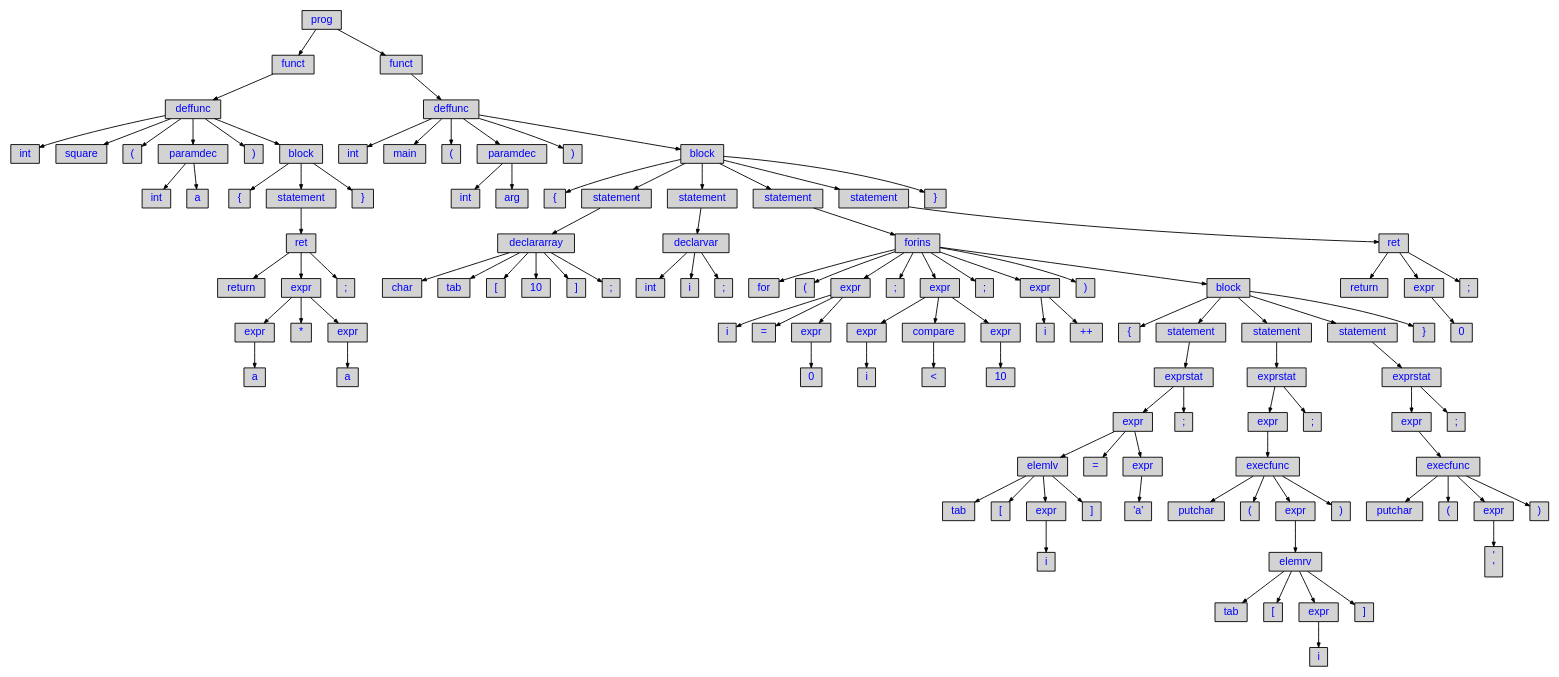
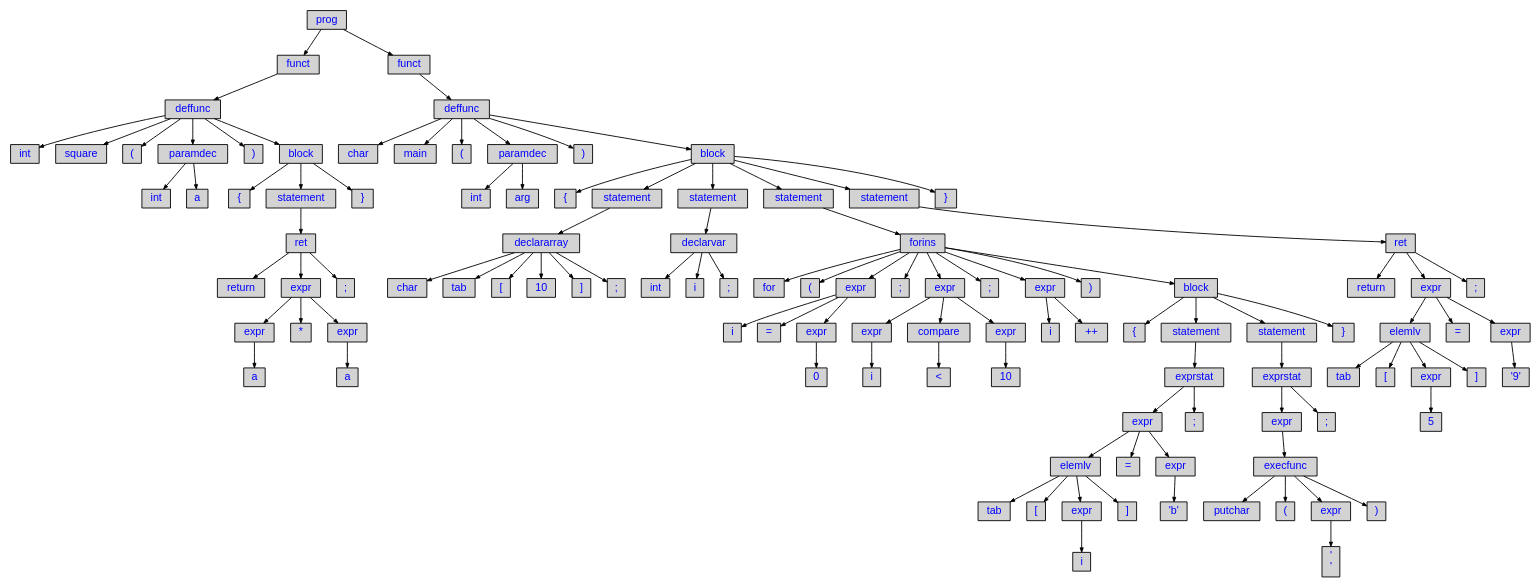
One commit to MyReposEcole20172020/PLDCOMP changed the diagram in tmp.dot. Above: the diagram before and after it, drawn with Graphviz. The commit also changed 10 other files, not shown here.

```diff
--- a/tmp.dot
+++ b/tmp.dot
@@ -5,237 +5,223 @@
 		width=.25, height=.25, color="black", fillcolor="lightgrey", style="filled, solid"];
 	edge [arrowsize=.5, color="black"]
 
-	node0x1fead50[label="prog"];
-	node0x1ff4a00[label="funct"];
-	node0x1ff74a0[label="deffunc"];
-	node0x1ff5550[label="int"]
-	node0x1ff5e80[label="square"]
-	node0x1ff6f90[label="("]
-	node0x1ff79a0[label="paramdec"];
-	node0x1ff7a00[label="int"]
-	node0x1ff7c20[label="a"]
-	node0x1ff7c60[label=")"]
-	node0x1ff7c90[label="block"];
-	node0x1ff97b0[label="{"]
-	node0x1ff9ad0[label="statement"];
-	node0x1ffb9d0[label="ret"];
-	node0x1ff6440[label="return"]
-	node0x20014b0[label="expr"];
-	node0x1ffc1a0[label="expr"];
-	node0x1ffcc10[label="a"]
-	node0x20017a0[label="*"]
-	node0x2001820[label="expr"];
-	node0x2001ba0[label="a"]
-	node0x1ff6780[label=";"]
-	node0x1ffd120[label="}"]
-	node0x2004310[label="funct"];
-	node0x20044f0[label="deffunc"];
-	node0x1ff3dc0[label="int"]
-	node0x1ffd0a0[label="main"]
-	node0x1fff340[label="("]
-	node0x2004450[label="paramdec"];
-	node0x1ff9cc0[label="int"]
-	node0x2001de0[label="arg"]
-	node0x1ffd1e0[label=")"]
-	node0x20044a0[label="block"];
-	node0x20058a0[label="{"]
-	node0x2004360[label="statement"];
-	node0x2002170[label="declararray"];
-	node0x2006030[label="char"]
-	node0x2006720[label="tab"]
-	node0x2006b30[label="["]
-	node0x2006d70[label="10"]
-	node0x2006e30[label="]"]
-	node0x2006fa0[label=";"]
-	node0x2006fd0[label="statement"];
-	node0x20071c0[label="declarvar"];
-	node0x2007260[label="int"]
-	node0x20072c0[label="i"]
-	node0x20080f0[label=";"]
-	node0x2008120[label="statement"];
-	node0x2008250[label="forins"];
-	node0x20083b0[label="for"]
-	node0x20085b0[label="("]
-	node0x2008710[label="expr"];
-	node0x2009890[label="i"]
-	node0x20027b0[label="="]
-	node0x2008890[label="expr"];
-	node0x1ff9830[label="0"]
-	node0x2001e70[label=";"]
-	node0x200c4e0[label="expr"];
-	node0x2001e10[label="expr"];
-	node0x2001d40[label="i"]
-	node0x200c490[label="compare"];
-	node0x2001f70[label="<"]
-	node0x200cbc0[label="expr"];
-	node0x2001da0[label="10"]
-	node0x1ffa5c0[label=";"]
-	node0x1ffff10[label="expr"];
-	node0x20095b0[label="i"]
-	node0x20039a0[label="++"]
-	node0x1ffd1a0[label=")"]
-	node0x200ea70[label="block"];
-	node0x2000540[label="{"]
-	node0x200cf80[label="statement"];
-	node0x200ecf0[label="exprstat"];
-	node0x200ec00[label="expr"];
-	node0x200eac0[label="elemlv"];
-	node0x1ffa620[label="tab"]
-	node0x2010b70[label="["]
-	node0x200fe80[label="expr"];
-	node0x2008640[label="i"]
-	node0x20105d0[label="]"]
-	node0x20102b0[label="="]
-	node0x20122c0[label="expr"];
-	node0x200f7e0[label="'a'"]
-	node0x20146b0[label=";"]
-	node0x2014700[label="statement"];
-	node0x2014810[label="exprstat"];
-	node0x20148f0[label="expr"];
-	node0x2014e50[label="execfunc"];
-	node0x2014d60[label="putchar"]
-	node0x20150b0[label="("]
-	node0x2015130[label="expr"];
-	node0x20156f0[label="elemrv"];
-	node0x2015470[label="tab"]
-	node0x2015750[label="["]
-	node0x20157d0[label="expr"];
-	node0x2015830[label="i"]
-	node0x2015870[label="]"]
-	node0x20158b0[label=")"]
-	node0x2015970[label=";"]
-	node0x2015a20[label="statement"];
-	node0x2015a70[label="exprstat"];
-	node0x2015b10[label="expr"];
-	node0x2015bb0[label="execfunc"];
-	node0x2015dd0[label="putchar"]
-	node0x20164b0[label="("]
-	node0x2016550[label="expr"];
-	node0x2016630[label="'\n'"]
-	node0x2016670[label=")"]
-	node0x2016f40[label=";"]
-	node0x2017080[label="}"]
-	node0x2017100[label="statement"];
-	node0x20171a0[label="ret"];
-	node0x20172e0[label="return"]
-	node0x2017360[label="expr"];
-	node0x2017440[label="0"]
-	node0x2017480[label=";"]
-	node0x2017600[label="}"]
-	node0x1fead50 -> node0x1ff4a00;
-	node0x1fead50 -> node0x2004310;
-	node0x1ff4a00 -> node0x1ff74a0;
-	node0x1ff74a0 -> node0x1ff5550;
-	node0x1ff74a0 -> node0x1ff5e80;
-	node0x1ff74a0 -> node0x1ff6f90;
-	node0x1ff74a0 -> node0x1ff79a0;
-	node0x1ff74a0 -> node0x1ff7c60;
-	node0x1ff74a0 -> node0x1ff7c90;
-	node0x1ff79a0 -> node0x1ff7a00;
-	node0x1ff79a0 -> node0x1ff7c20;
-	node0x1ff7c90 -> node0x1ff97b0;
-	node0x1ff7c90 -> node0x1ff9ad0;
-	node0x1ff7c90 -> node0x1ffd120;
-	node0x1ff9ad0 -> node0x1ffb9d0;
-	node0x1ffb9d0 -> node0x1ff6440;
-	node0x1ffb9d0 -> node0x20014b0;
-	node0x1ffb9d0 -> node0x1ff6780;
-	node0x20014b0 -> node0x1ffc1a0;
-	node0x20014b0 -> node0x20017a0;
-	node0x20014b0 -> node0x2001820;
-	node0x1ffc1a0 -> node0x1ffcc10;
-	node0x2001820 -> node0x2001ba0;
-	node0x2004310 -> node0x20044f0;
-	node0x20044f0 -> node0x1ff3dc0;
-	node0x20044f0 -> node0x1ffd0a0;
-	node0x20044f0 -> node0x1fff340;
-	node0x20044f0 -> node0x2004450;
-	node0x20044f0 -> node0x1ffd1e0;
-	node0x20044f0 -> node0x20044a0;
-	node0x2004450 -> node0x1ff9cc0;
-	node0x2004450 -> node0x2001de0;
-	node0x20044a0 -> node0x20058a0;
-	node0x20044a0 -> node0x2004360;
-	node0x20044a0 -> node0x2006fd0;
-	node0x20044a0 -> node0x2008120;
-	node0x20044a0 -> node0x2017100;
-	node0x20044a0 -> node0x2017600;
-	node0x2004360 -> node0x2002170;
-	node0x2002170 -> node0x2006030;
-	node0x2002170 -> node0x2006720;
-	node0x2002170 -> node0x2006b30;
-	node0x2002170 -> node0x2006d70;
-	node0x2002170 -> node0x2006e30;
-	node0x2002170 -> node0x2006fa0;
-	node0x2006fd0 -> node0x20071c0;
-	node0x20071c0 -> node0x2007260;
-	node0x20071c0 -> node0x20072c0;
-	node0x20071c0 -> node0x20080f0;
-	node0x2008120 -> node0x2008250;
-	node0x2008250 -> node0x20083b0;
-	node0x2008250 -> node0x20085b0;
-	node0x2008250 -> node0x2008710;
-	node0x2008250 -> node0x2001e70;
-	node0x2008250 -> node0x200c4e0;
-	node0x2008250 -> node0x1ffa5c0;
-	node0x2008250 -> node0x1ffff10;
-	node0x2008250 -> node0x1ffd1a0;
-	node0x2008250 -> node0x200ea70;
-	node0x2008710 -> node0x2009890;
-	node0x2008710 -> node0x20027b0;
-	node0x2008710 -> node0x2008890;
-	node0x2008890 -> node0x1ff9830;
-	node0x200c4e0 -> node0x2001e10;
-	node0x200c4e0 -> node0x200c490;
-	node0x200c4e0 -> node0x200cbc0;
-	node0x2001e10 -> node0x2001d40;
-	node0x200c490 -> node0x2001f70;
-	node0x200cbc0 -> node0x2001da0;
-	node0x1ffff10 -> node0x20095b0;
-	node0x1ffff10 -> node0x20039a0;
-	node0x200ea70 -> node0x2000540;
-	node0x200ea70 -> node0x200cf80;
-	node0x200ea70 -> node0x2014700;
-	node0x200ea70 -> node0x2015a20;
-	node0x200ea70 -> node0x2017080;
-	node0x200cf80 -> node0x200ecf0;
-	node0x200ecf0 -> node0x200ec00;
-	node0x200ecf0 -> node0x20146b0;
-	node0x200ec00 -> node0x200eac0;
-	node0x200ec00 -> node0x20102b0;
-	node0x200ec00 -> node0x20122c0;
-	node0x200eac0 -> node0x1ffa620;
-	node0x200eac0 -> node0x2010b70;
-	node0x200eac0 -> node0x200fe80;
-	node0x200eac0 -> node0x20105d0;
-	node0x200fe80 -> node0x2008640;
-	node0x20122c0 -> node0x200f7e0;
-	node0x2014700 -> node0x2014810;
-	node0x2014810 -> node0x20148f0;
-	node0x2014810 -> node0x2015970;
-	node0x20148f0 -> node0x2014e50;
-	node0x2014e50 -> node0x2014d60;
-	node0x2014e50 -> node0x20150b0;
-	node0x2014e50 -> node0x2015130;
-	node0x2014e50 -> node0x20158b0;
-	node0x2015130 -> node0x20156f0;
-	node0x20156f0 -> node0x2015470;
-	node0x20156f0 -> node0x2015750;
-	node0x20156f0 -> node0x20157d0;
-	node0x20156f0 -> node0x2015870;
-	node0x20157d0 -> node0x2015830;
-	node0x2015a20 -> node0x2015a70;
-	node0x2015a70 -> node0x2015b10;
-	node0x2015a70 -> node0x2016f40;
-	node0x2015b10 -> node0x2015bb0;
-	node0x2015bb0 -> node0x2015dd0;
-	node0x2015bb0 -> node0x20164b0;
-	node0x2015bb0 -> node0x2016550;
-	node0x2015bb0 -> node0x2016670;
-	node0x2016550 -> node0x2016630;
-	node0x2017100 -> node0x20171a0;
-	node0x20171a0 -> node0x20172e0;
-	node0x20171a0 -> node0x2017360;
-	node0x20171a0 -> node0x2017480;
-	node0x2017360 -> node0x2017440;
+	node0x7c7d50[label="prog"];
+	node0x7d1940[label="funct"];
+	node0x7d43e0[label="deffunc"];
+	node0x7d2490[label="int"]
+	node0x7d2dc0[label="square"]
+	node0x7d3ed0[label="("]
+	node0x7d48e0[label="paramdec"];
+	node0x7d4940[label="int"]
+	node0x7d4b60[label="a"]
+	node0x7d4ba0[label=")"]
+	node0x7d4bd0[label="block"];
+	node0x7d66f0[label="{"]
+	node0x7d6a10[label="statement"];
+	node0x7d8910[label="ret"];
+	node0x7d3380[label="return"]
+	node0x7de3f0[label="expr"];
+	node0x7d90e0[label="expr"];
+	node0x7d9b50[label="a"]
+	node0x7de6e0[label="*"]
+	node0x7de760[label="expr"];
+	node0x7deae0[label="a"]
+	node0x7d36c0[label=";"]
+	node0x7d6c00[label="}"]
+	node0x7e1340[label="funct"];
+	node0x7e1390[label="deffunc"];
+	node0x7d0d00[label="char"]
+	node0x7ded20[label="main"]
+	node0x7da120[label="("]
+	node0x7e11b0[label="paramdec"];
+	node0x7e2740[label="int"]
+	node0x7e2780[label="arg"]
+	node0x7e27c0[label=")"]
+	node0x7e1200[label="block"];
+	node0x7e2900[label="{"]
+	node0x7e12a0[label="statement"];
+	node0x7df0b0[label="declararray"];
+	node0x7e2f50[label="char"]
+	node0x7e3640[label="tab"]
+	node0x7e3a50[label="["]
+	node0x7e3c90[label="10"]
+	node0x7e3d50[label="]"]
+	node0x7e3ee0[label=";"]
+	node0x7e3f10[label="statement"];
+	node0x7e4120[label="declarvar"];
+	node0x7e41c0[label="int"]
+	node0x7e4220[label="i"]
+	node0x7e5050[label=";"]
+	node0x7e5080[label="statement"];
+	node0x7e51b0[label="forins"];
+	node0x7e52b0[label="for"]
+	node0x7e5390[label="("]
+	node0x7e5530[label="expr"];
+	node0x7e67b0[label="i"]
+	node0x7df6f0[label="="]
+	node0x7e56b0[label="expr"];
+	node0x7d6770[label="0"]
+	node0x7dedb0[label=";"]
+	node0x7e94f0[label="expr"];
+	node0x7ded50[label="expr"];
+	node0x7dec80[label="i"]
+	node0x7e94a0[label="compare"];
+	node0x7deeb0[label="<"]
+	node0x7e9c60[label="expr"];
+	node0x7dece0[label="10"]
+	node0x7e6530[label=";"]
+	node0x7dce50[label="expr"];
+	node0x7e08e0[label="i"]
+	node0x7dd480[label="++"]
+	node0x7da0e0[label=")"]
+	node0x7eb910[label="block"];
+	node0x7e9dc0[label="{"]
+	node0x7ea020[label="statement"];
+	node0x7ebb90[label="exprstat"];
+	node0x7ebaa0[label="expr"];
+	node0x7eb960[label="elemlv"];
+	node0x7edab0[label="tab"]
+	node0x7eda10[label="["]
+	node0x7ecd00[label="expr"];
+	node0x7e5440[label="i"]
+	node0x7ed470[label="]"]
+	node0x7ed150[label="="]
+	node0x7ef1d0[label="expr"];
+	node0x7ed650[label="'b'"]
+	node0x7f15f0[label=";"]
+	node0x7f1640[label="statement"];
+	node0x7f1750[label="exprstat"];
+	node0x7f1830[label="expr"];
+	node0x7f1df0[label="execfunc"];
+	node0x7f1d00[label="putchar"]
+	node0x7f2650[label="("]
+	node0x7f26f0[label="expr"];
+	node0x7f2810[label="'\n'"]
+	node0x7f2850[label=")"]
+	node0x7f2910[label=";"]
+	node0x7f2ab0[label="}"]
+	node0x7f2ae0[label="statement"];
+	node0x7f2b80[label="ret"];
+	node0x7f2c80[label="return"]
+	node0x7f3960[label="expr"];
+	node0x7f2d00[label="elemlv"];
+	node0x7f1c00[label="tab"]
+	node0x7f1b80[label="["]
+	node0x7f5430[label="expr"];
+	node0x7f50d0[label="5"]
+	node0x7f55d0[label="]"]
+	node0x7f4f50[label="="]
+	node0x7f3b90[label="expr"];
+	node0x7f1dc0[label="'9'"]
+	node0x7f39c0[label=";"]
+	node0x7f3140[label="}"]
+	node0x7c7d50 -> node0x7d1940;
+	node0x7c7d50 -> node0x7e1340;
+	node0x7d1940 -> node0x7d43e0;
+	node0x7d43e0 -> node0x7d2490;
+	node0x7d43e0 -> node0x7d2dc0;
+	node0x7d43e0 -> node0x7d3ed0;
+	node0x7d43e0 -> node0x7d48e0;
+	node0x7d43e0 -> node0x7d4ba0;
+	node0x7d43e0 -> node0x7d4bd0;
+	node0x7d48e0 -> node0x7d4940;
+	node0x7d48e0 -> node0x7d4b60;
+	node0x7d4bd0 -> node0x7d66f0;
+	node0x7d4bd0 -> node0x7d6a10;
+	node0x7d4bd0 -> node0x7d6c00;
+	node0x7d6a10 -> node0x7d8910;
+	node0x7d8910 -> node0x7d3380;
+	node0x7d8910 -> node0x7de3f0;
+	node0x7d8910 -> node0x7d36c0;
+	node0x7de3f0 -> node0x7d90e0;
+	node0x7de3f0 -> node0x7de6e0;
+	node0x7de3f0 -> node0x7de760;
+	node0x7d90e0 -> node0x7d9b50;
+	node0x7de760 -> node0x7deae0;
+	node0x7e1340 -> node0x7e1390;
+	node0x7e1390 -> node0x7d0d00;
+	node0x7e1390 -> node0x7ded20;
+	node0x7e1390 -> node0x7da120;
+	node0x7e1390 -> node0x7e11b0;
+	node0x7e1390 -> node0x7e27c0;
+	node0x7e1390 -> node0x7e1200;
+	node0x7e11b0 -> node0x7e2740;
+	node0x7e11b0 -> node0x7e2780;
+	node0x7e1200 -> node0x7e2900;
+	node0x7e1200 -> node0x7e12a0;
+	node0x7e1200 -> node0x7e3f10;
+	node0x7e1200 -> node0x7e5080;
+	node0x7e1200 -> node0x7f2ae0;
+	node0x7e1200 -> node0x7f3140;
+	node0x7e12a0 -> node0x7df0b0;
+	node0x7df0b0 -> node0x7e2f50;
+	node0x7df0b0 -> node0x7e3640;
+	node0x7df0b0 -> node0x7e3a50;
+	node0x7df0b0 -> node0x7e3c90;
+	node0x7df0b0 -> node0x7e3d50;
+	node0x7df0b0 -> node0x7e3ee0;
+	node0x7e3f10 -> node0x7e4120;
+	node0x7e4120 -> node0x7e41c0;
+	node0x7e4120 -> node0x7e4220;
+	node0x7e4120 -> node0x7e5050;
+	node0x7e5080 -> node0x7e51b0;
+	node0x7e51b0 -> node0x7e52b0;
+	node0x7e51b0 -> node0x7e5390;
+	node0x7e51b0 -> node0x7e5530;
+	node0x7e51b0 -> node0x7dedb0;
+	node0x7e51b0 -> node0x7e94f0;
+	node0x7e51b0 -> node0x7e6530;
+	node0x7e51b0 -> node0x7dce50;
+	node0x7e51b0 -> node0x7da0e0;
+	node0x7e51b0 -> node0x7eb910;
+	node0x7e5530 -> node0x7e67b0;
+	node0x7e5530 -> node0x7df6f0;
+	node0x7e5530 -> node0x7e56b0;
+	node0x7e56b0 -> node0x7d6770;
+	node0x7e94f0 -> node0x7ded50;
+	node0x7e94f0 -> node0x7e94a0;
+	node0x7e94f0 -> node0x7e9c60;
+	node0x7ded50 -> node0x7dec80;
+	node0x7e94a0 -> node0x7deeb0;
+	node0x7e9c60 -> node0x7dece0;
+	node0x7dce50 -> node0x7e08e0;
+	node0x7dce50 -> node0x7dd480;
+	node0x7eb910 -> node0x7e9dc0;
+	node0x7eb910 -> node0x7ea020;
+	node0x7eb910 -> node0x7f1640;
+	node0x7eb910 -> node0x7f2ab0;
+	node0x7ea020 -> node0x7ebb90;
+	node0x7ebb90 -> node0x7ebaa0;
+	node0x7ebb90 -> node0x7f15f0;
+	node0x7ebaa0 -> node0x7eb960;
+	node0x7ebaa0 -> node0x7ed150;
+	node0x7ebaa0 -> node0x7ef1d0;
+	node0x7eb960 -> node0x7edab0;
+	node0x7eb960 -> node0x7eda10;
+	node0x7eb960 -> node0x7ecd00;
+	node0x7eb960 -> node0x7ed470;
+	node0x7ecd00 -> node0x7e5440;
+	node0x7ef1d0 -> node0x7ed650;
+	node0x7f1640 -> node0x7f1750;
+	node0x7f1750 -> node0x7f1830;
+	node0x7f1750 -> node0x7f2910;
+	node0x7f1830 -> node0x7f1df0;
+	node0x7f1df0 -> node0x7f1d00;
+	node0x7f1df0 -> node0x7f2650;
+	node0x7f1df0 -> node0x7f26f0;
+	node0x7f1df0 -> node0x7f2850;
+	node0x7f26f0 -> node0x7f2810;
+	node0x7f2ae0 -> node0x7f2b80;
+	node0x7f2b80 -> node0x7f2c80;
+	node0x7f2b80 -> node0x7f3960;
+	node0x7f2b80 -> node0x7f39c0;
+	node0x7f3960 -> node0x7f2d00;
+	node0x7f3960 -> node0x7f4f50;
+	node0x7f3960 -> node0x7f3b90;
+	node0x7f2d00 -> node0x7f1c00;
+	node0x7f2d00 -> node0x7f1b80;
+	node0x7f2d00 -> node0x7f5430;
+	node0x7f2d00 -> node0x7f55d0;
+	node0x7f5430 -> node0x7f50d0;
+	node0x7f3b90 -> node0x7f1dc0;
 }
```
